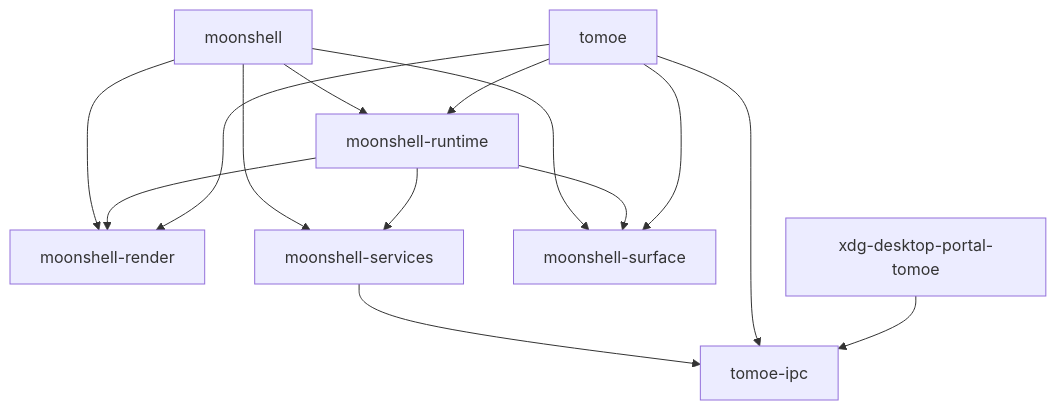
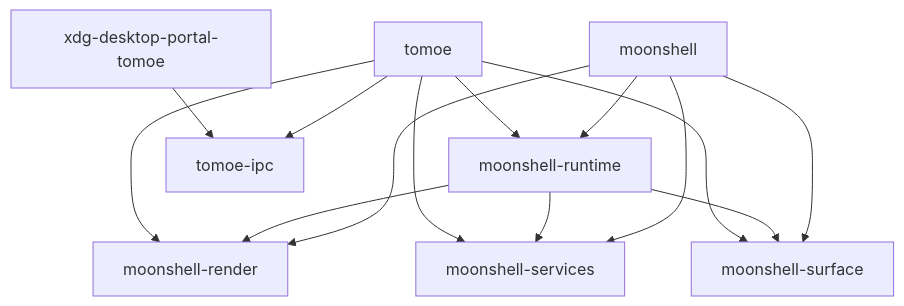
Before and after one commit to y0usaf/tomoe: the diagram in ARCHITECTURE.md, drawn with Mermaid. The commit also changed other lines of this file and 12 other files, not shown here.

````diff
--- a/ARCHITECTURE.md
+++ b/ARCHITECTURE.md
@@ -14,16 +14,16 @@
 ```mermaid
 graph TD
   moonshell["moonshell"] --> moonshell_render["moonshell-render"]
   moonshell["moonshell"] --> moonshell_runtime["moonshell-runtime"]
   moonshell["moonshell"] --> moonshell_services["moonshell-services"]
   moonshell["moonshell"] --> moonshell_surface["moonshell-surface"]
   moonshell_runtime["moonshell-runtime"] --> moonshell_render["moonshell-render"]
   moonshell_runtime["moonshell-runtime"] --> moonshell_services["moonshell-services"]
   moonshell_runtime["moonshell-runtime"] --> moonshell_surface["moonshell-surface"]
-  moonshell_services["moonshell-services"] --> tomoe_ipc["tomoe-ipc"]
   tomoe["tomoe"] --> moonshell_render["moonshell-render"]
   tomoe["tomoe"] --> moonshell_runtime["moonshell-runtime"]
+  tomoe["tomoe"] --> moonshell_services["moonshell-services"]
   tomoe["tomoe"] --> moonshell_surface["moonshell-surface"]
   tomoe["tomoe"] --> tomoe_ipc["tomoe-ipc"]
   xdg_desktop_portal_tomoe["xdg-desktop-portal-tomoe"] --> tomoe_ipc["tomoe-ipc"]
 ```
````
